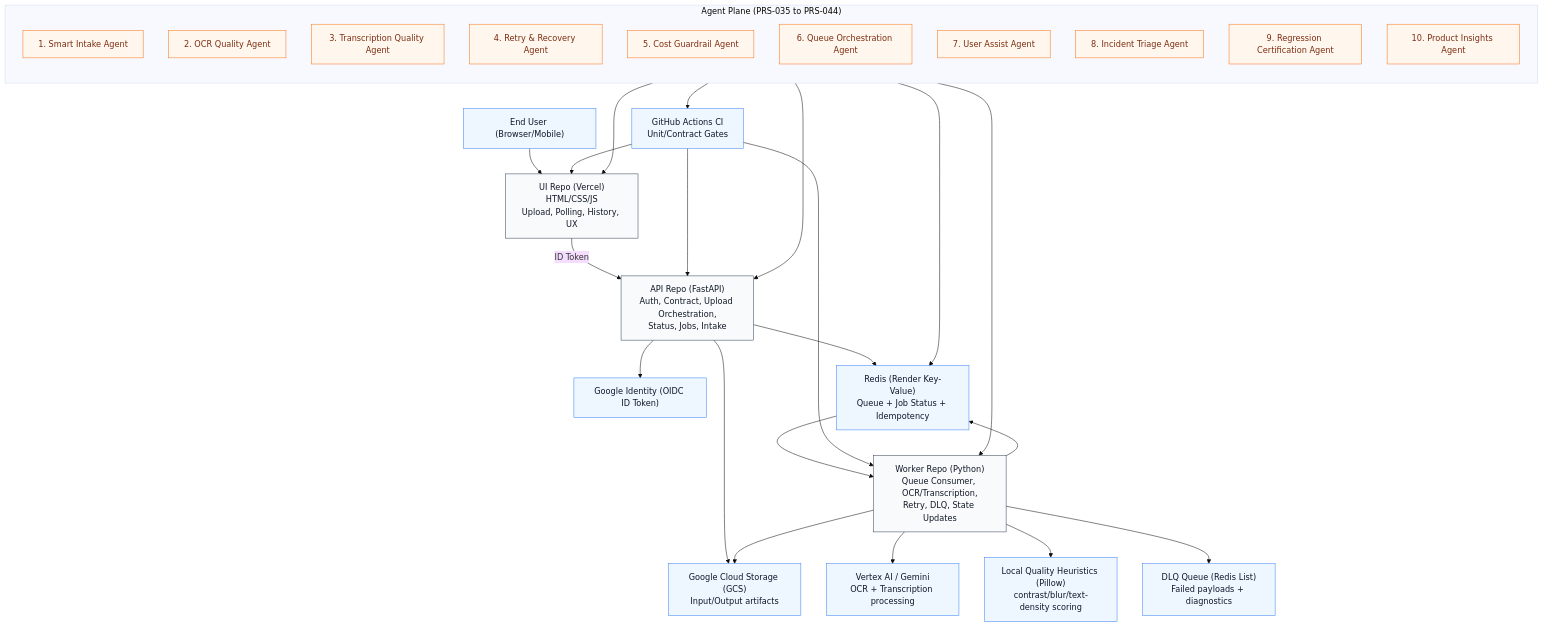
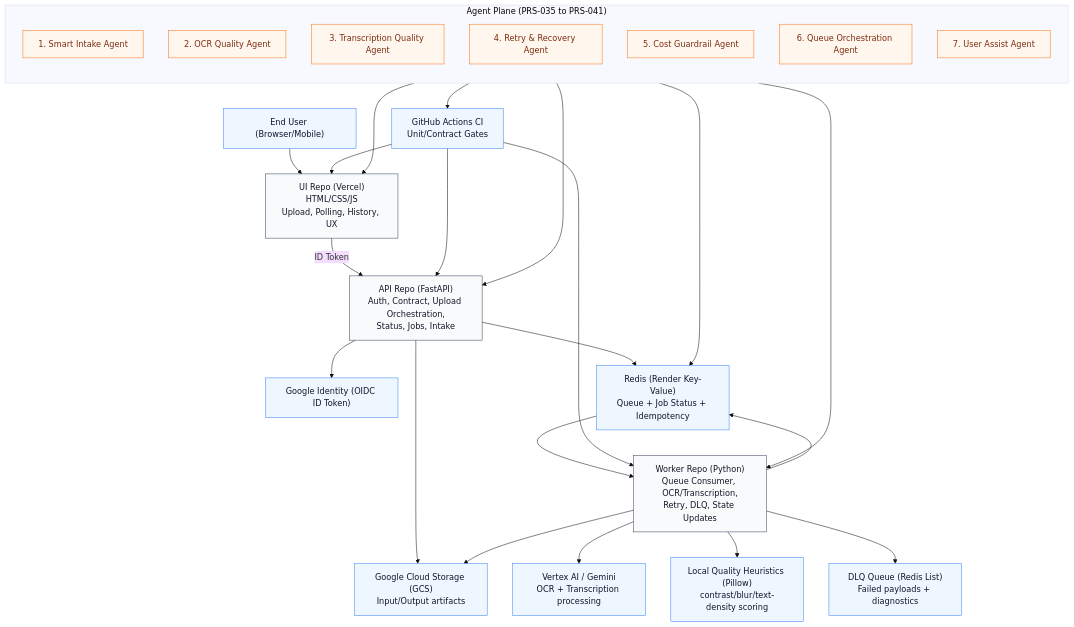
Before and after one commit to arpit-jain-mygit/doc-transcribe-ui: the first of 3 diagrams in LINKEDIN_ARTICLE_DRAFT.md, drawn with Mermaid (base theme). The commit also changed other lines of this file and 6 other files, not shown here.

````diff
--- a/LINKEDIN_ARTICLE_DRAFT.md
+++ b/LINKEDIN_ARTICLE_DRAFT.md
@@ -79,53 +79,50 @@
 ```mermaid
 flowchart TB
   classDef ext fill:#eef6ff,stroke:#3b82f6,color:#0f172a,stroke-width:1px;
   classDef repo fill:#f8fafc,stroke:#334155,color:#111827,stroke-width:1px;
   classDef agent fill:#fff7ed,stroke:#f97316,color:#7c2d12,stroke-width:1px;
 
   U["End User (Browser/Mobile)"]:::ext
   GID["Google Identity (OIDC ID Token)"]:::ext
   UI["UI Repo (Vercel)\nHTML/CSS/JS\nUpload, Polling, History, UX"]:::repo
   API["API Repo (FastAPI)\nAuth, Contract, Upload Orchestration,\nStatus, Jobs, Intake"]:::repo
   R["Redis (Render Key-Value)\nQueue + Job Status + Idempotency"]:::ext
   W["Worker Repo (Python)\nQueue Consumer, OCR/Transcription,\nRetry, DLQ, State Updates"]:::repo
   GCS["Google Cloud Storage (GCS)\nInput/Output artifacts"]:::ext
   VX["Vertex AI / Gemini\nOCR + Transcription processing"]:::ext
   PIL["Local Quality Heuristics (Pillow)\ncontrast/blur/text-density scoring"]:::ext
   DLQ["DLQ Queue (Redis List)\nFailed payloads + diagnostics"]:::ext
   GH["GitHub Actions CI\nUnit/Contract Gates"]:::ext
 
   U --> UI
   UI -->|ID Token| API
   API --> GID
   API --> R
   R --> W
   W --> R
   API --> GCS
   W --> GCS
   W --> VX
   W --> PIL
   W --> DLQ
   GH --> UI
   GH --> API
   GH --> W
 
-  subgraph AG["Agent Plane (PRS-035 to PRS-044)"]
+  subgraph AG["Agent Plane (PRS-035 to PRS-041)"]
     direction TB
     A1["1. Smart Intake Agent"]:::agent
     A2["2. OCR Quality Agent"]:::agent
     A3["3. Transcription Quality Agent"]:::agent
     A4["4. Retry & Recovery Agent"]:::agent
     A5["5. Cost Guardrail Agent"]:::agent
     A6["6. Queue Orchestration Agent"]:::agent
     A7["7. User Assist Agent"]:::agent
-    A8["8. Incident Triage Agent"]:::agent
-    A9["9. Regression Certification Agent"]:::agent
-    A10["10. Product Insights Agent"]:::agent
   end
 
   AG --> UI
   AG --> API
   AG --> W
   AG --> R
   AG --> GH
 ```
````
